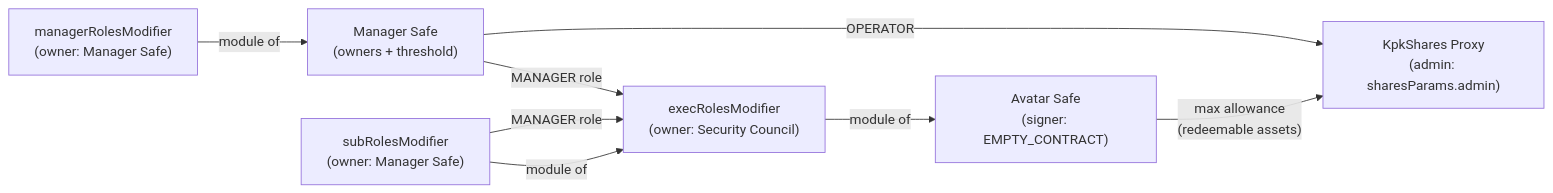
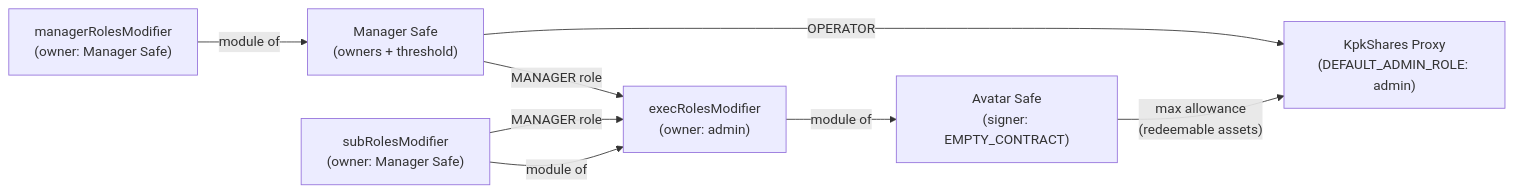
Before and after one commit to karpatkey/onchain-investment-vehicles: the second of 4 diagrams in docs/KpkSharesFactory.md, drawn with Mermaid. The commit also changed other lines of this file, not shown here.

First line of the commit message:
docs: fix stale references after OivConfig admin refactor

````diff
--- a/docs/KpkSharesFactory.md
+++ b/docs/KpkSharesFactory.md
@@ -76,17 +76,17 @@
 ```mermaid
 graph LR
     MS["Manager Safe\n(owners + threshold)"]
-    EM["execRolesModifier\n(owner: Security Council)"]
+    EM["execRolesModifier\n(owner: admin)"]
     SM["subRolesModifier\n(owner: Manager Safe)"]
     MM["managerRolesModifier\n(owner: Manager Safe)"]
     AS["Avatar Safe\n(signer: EMPTY_CONTRACT)"]
-    KS["KpkShares Proxy\n(admin: sharesParams.admin)"]
+    KS["KpkShares Proxy\n(DEFAULT_ADMIN_ROLE: admin)"]
 
     EM -- "module of" --> AS
     SM -- "module of" --> EM
     MM -- "module of" --> MS
     MS -- "MANAGER role" --> EM
     SM -- "MANAGER role" --> EM
     AS -- "max allowance\n(redeemable assets)" --> KS
     MS -- "OPERATOR" --> KS
 ```
````
